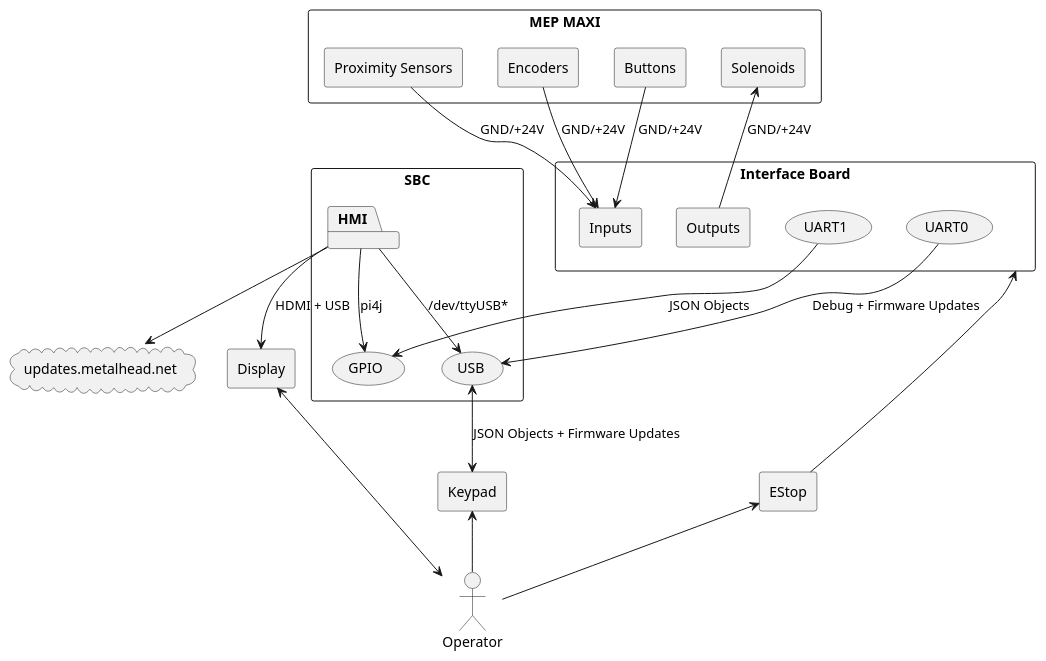
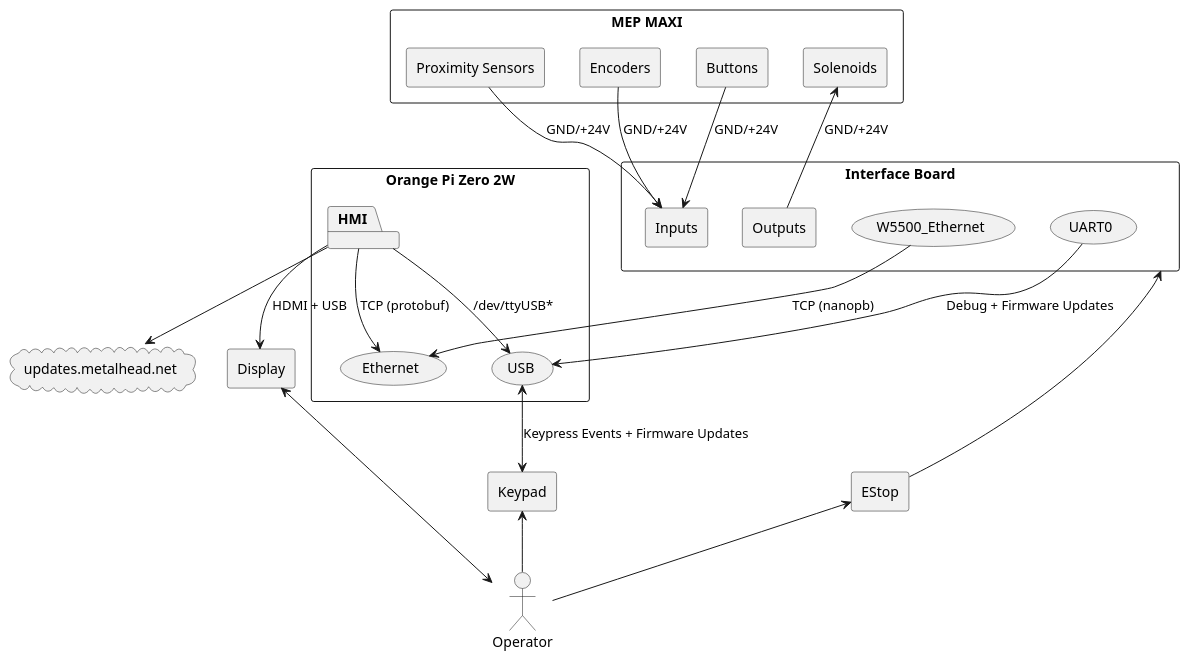
Before and after one commit to JGilcreast/MetalHead: the diagram in docs/assets/block-diagram.puml, drawn with PlantUML. The commit also changed 5 other files, not shown here.

```diff
--- a/docs/assets/block-diagram.puml
+++ b/docs/assets/block-diagram.puml
@@ -1,109 +1,109 @@
 @startuml
 
 left to right direction
 top to bottom direction
 
 'rectangle I/O{
 '    package Outputs{
 '        json Solenoids{
 '            "SOL_SHEAR_CUT": [],
 '            "SOL_SHEER_HOME": [],
 '            "SOL_TOOL_OUT": [],
 '            "SOL_TOOL_IN": [],
 '            "SOL_FEED_FORWARD": [],
 '            "SOL_FEED_REVERSE": [],
 '            "SOL_HEAD_CW": [],
 '            "SOL_HEAD_CCW": [],
 '            "SOL_HEAD_CCW": [],
 '            "SOL_HEAD_OUT": [],
 '            "SOL_HEAD_IN": []
 '        }
 '    }
 '
 '    package Inputs{
 '        json Buttons{
 '            "AUTO_BUTTON": [],
 '            "SHEAR_BUTTON": []
 '        }
 '        json Encoders{
 '            "ENCODER_FEED_SET": [],
 '            "ENCODER_FEED_RESET": [],
 '            "ENCODER_BEND_SET": [],
 '            "ENCODER_BEND_RESET": []
 '        }
 '        json Proximity{
 '            "PROXIMITY_HEAD_OUT": [],
 '            "PROXIMITY_HEAD_IN": [],
 '            "PROXIMITY_SHEAR_HOME": [],
 '            "PROXIMITY_SHEAR_CUT": [],
 '            "PROXIMITY_TOOL_IN": [],
 '            "PROXIMITY_TOOL_OUT": [],
 '            "PROXIMITY_HEAD_LIM": [],
 '            "PROXIMITY_HEAD_CW": [],
 '            "PROXIMITY_HEAD_CCW": []
 '        }
 '    }
 '    json Power{
 '        "GND": [],
 '        "+24V": []
 '    }
 '}
 
 rectangle "MEP MAXI"{
     rectangle Buttons{
     }
     rectangle Encoders{
     }
     rectangle "Proximity Sensors"{
     }
     rectangle Solenoids{
     }
 }
 
 rectangle "Interface Board"{
     rectangle Inputs{
     }
     rectangle Outputs{
     }
     usecase UART0
-    usecase UART1
+    usecase W5500_Ethernet
 }
 
-rectangle "SBC"{
-    usecase GPIO
+rectangle "Orange Pi Zero 2W"{
+    usecase Ethernet
     package "HMI"{
     }
     usecase USB
 }
 
 rectangle Keypad{
 }
 
 rectangle Display{
 }
 
 rectangle EStop{
 }
 
 cloud updates.metalhead.net{
 }
 
 actor Operator
 
 Solenoids <-- Outputs: GND/+24V
 Encoders --> Inputs: GND/+24V
 Buttons --> Inputs: GND/+24V
 Inputs <-- "Proximity Sensors": GND/+24V
-[UART1] --> [GPIO]: JSON Objects
+[W5500_Ethernet] --> [Ethernet]: TCP (nanopb)
 [UART0] --> [USB]: Debug + Firmware Updates
-[USB] <--> Keypad: JSON Objects + Firmware Updates
+[USB] <--> Keypad: Keypress Events + Firmware Updates
 [HMI] --> [USB]: /dev/ttyUSB*
-[HMI] --> [GPIO]: pi4j
+[HMI] --> [Ethernet]: TCP (protobuf)
 [HMI] --> Display: HDMI + USB
 "HMI" --> updates.metalhead.net
 [Interface Board] <-- EStop
 Display <--> Operator
 Keypad <-- Operator
 EStop <-- Operator
 
 @enduml
```
